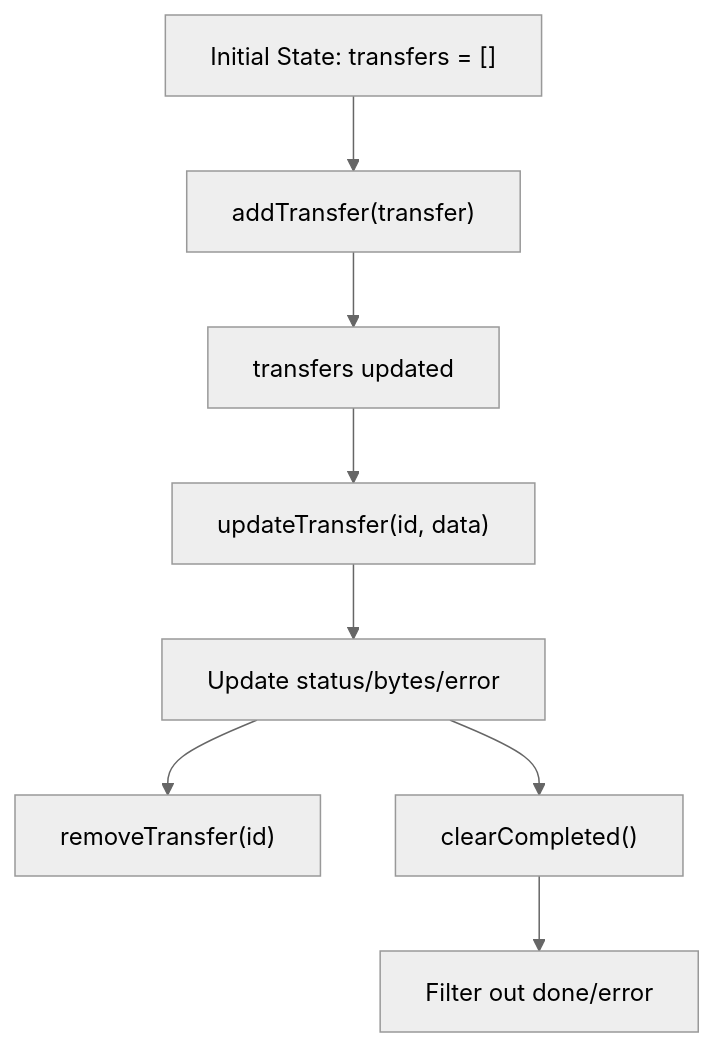
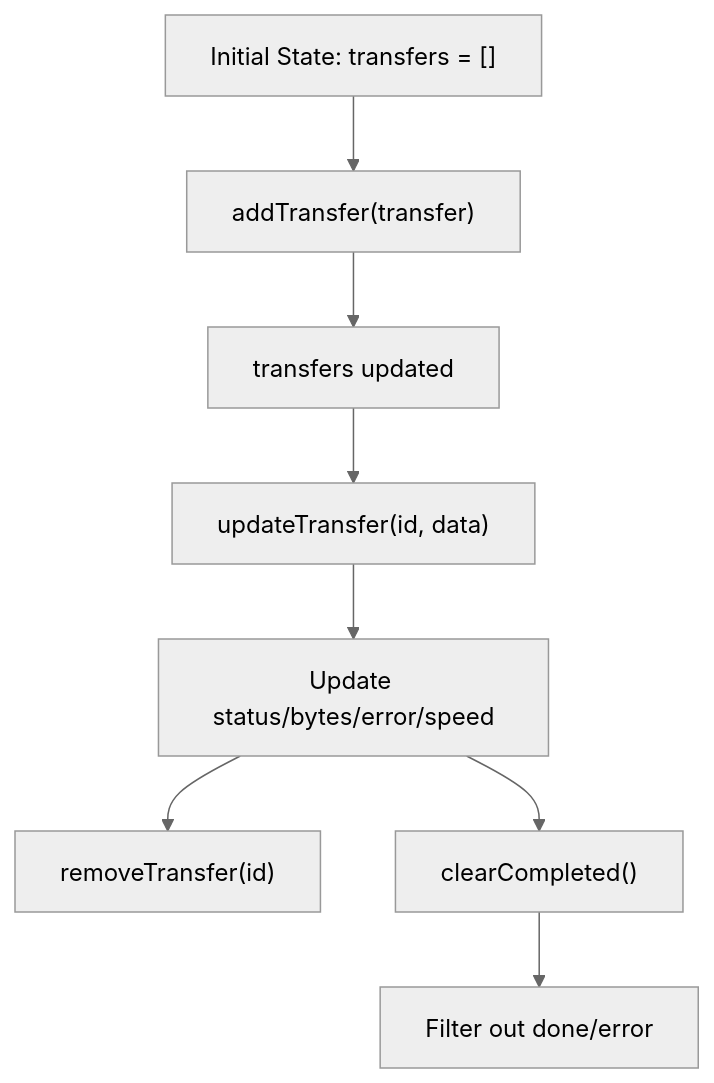
One commit to nasrulhadi/s3-explorer changed the sixth of 12 diagrams in .qoder/repowiki/en/content/Core Features/File Operations.md. Above: the diagram before and after it, drawn with Mermaid (neutral theme). The commit also changed other lines of this file and 44 other files, not shown here.

````diff
--- a/.qoder/repowiki/en/content/Core Features/File Operations.md
+++ b/.qoder/repowiki/en/content/Core Features/File Operations.md
@@ -212,10 +289,10 @@
 ```mermaid
 flowchart TD
 Init["Initial State: transfers = []"] --> Add["addTransfer(transfer)"]
 Add --> Running["transfers updated"]
 Running --> Update["updateTransfer(id, data)"]
-Update --> Status["Update status/bytes/error"]
+Update --> Status["Update status/bytes/error/speed"]
 Status --> Remove["removeTransfer(id)"]
 Status --> Clear["clearCompleted()"]
 Clear --> Filter["Filter out done/error"]
 ```
````
